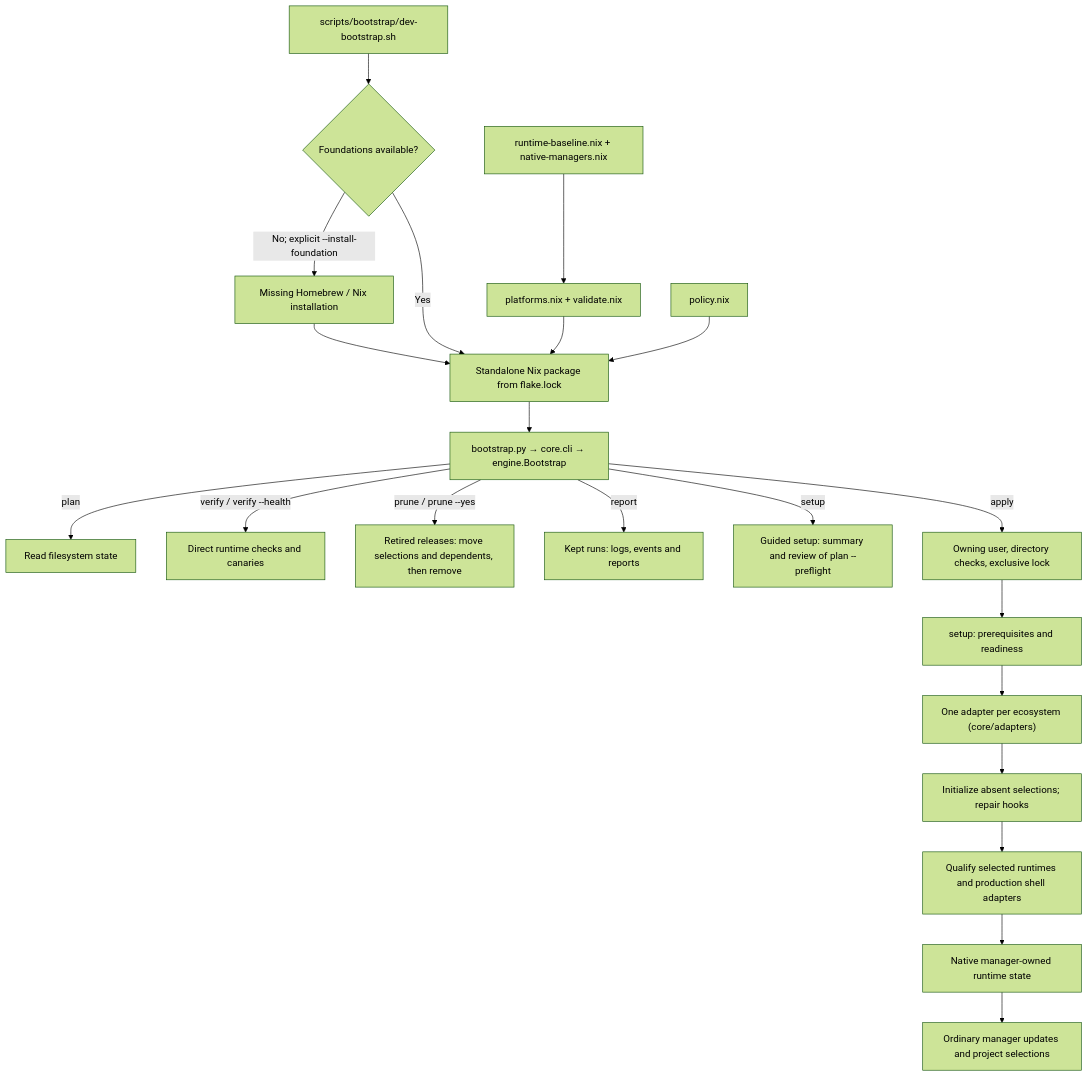
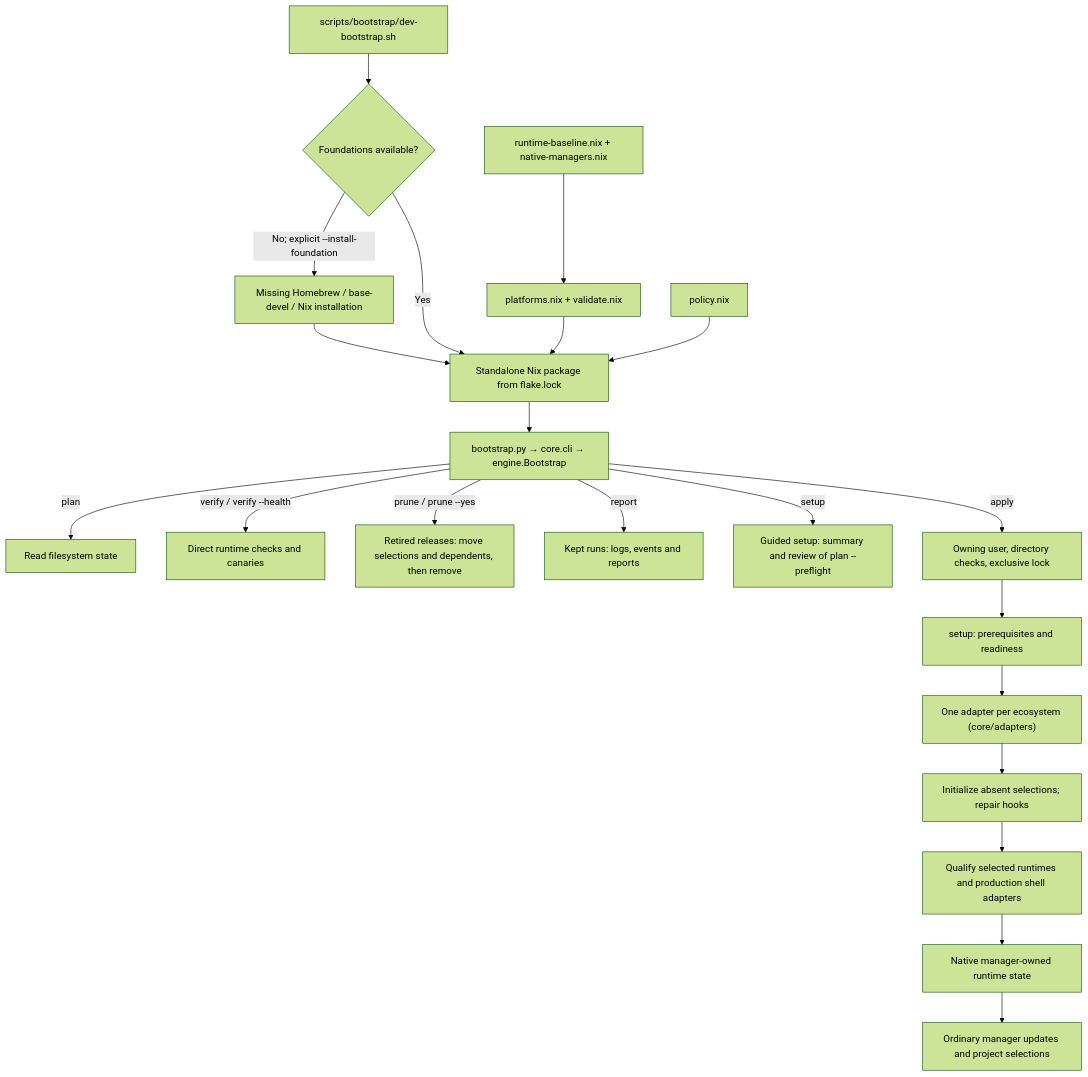
Before and after one commit to LCS-Dev-Ergos/Dotfiles: the diagram in home/dev/bootstrap/README.md, drawn with Mermaid (forest theme). The commit also changed other lines of this file and 4 other files, not shown here.

First line of the commit message:
feat(dev-bootstrap): Install the Arch/CachyOS foundations too.

````diff
--- a/home/dev/bootstrap/README.md
+++ b/home/dev/bootstrap/README.md
@@ -32,23 +32,23 @@
 ```mermaid
 flowchart TD
     Entry["scripts/bootstrap/dev-bootstrap.sh"] --> Foundation{"Foundations available?"}
-    Foundation -->|No; explicit --install-foundation| Foundations["Missing Homebrew / Nix installation"]
+    Foundation -->|No; explicit --install-foundation| Foundations["Missing Homebrew / base-devel / Nix installation"]
     Foundations --> Package
     Foundation -->|Yes| Package["Standalone Nix package from flake.lock"]
     Baseline["runtime-baseline.nix + native-managers.nix"] --> Validation["platforms.nix + validate.nix"]
     Validation --> Package
     Policy["policy.nix"] --> Package
     Package --> CLI["bootstrap.py → core.cli → engine.Bootstrap"]
     CLI -->|plan| Inspect["Read filesystem state"]
     CLI -->|verify / verify --health| Verify["Direct runtime checks and canaries"]
     CLI -->|prune / prune --yes| Prune["Retired releases: move selections and dependents, then remove"]
     CLI -->|report| Runs["Kept runs: logs, events and reports"]
     CLI -->|setup| Guided["Guided setup: summary and review of plan --preflight"]
     CLI -->|apply| Guard["Owning user, directory checks, exclusive lock"]
     Guard --> Setup["setup: prerequisites and readiness"]
     Setup --> Adapters["One adapter per ecosystem (core/adapters)"]
     Adapters --> Defaults["Initialize absent selections; repair hooks"]
     Defaults --> Shell["Qualify selected runtimes and production shell adapters"]
     Shell --> Native["Native manager-owned runtime state"]
     Native --> Updates["Ordinary manager updates and project selections"]
 ```
````
